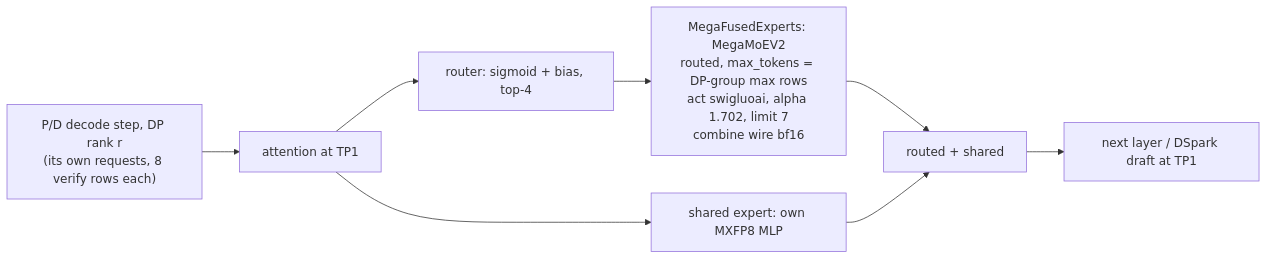
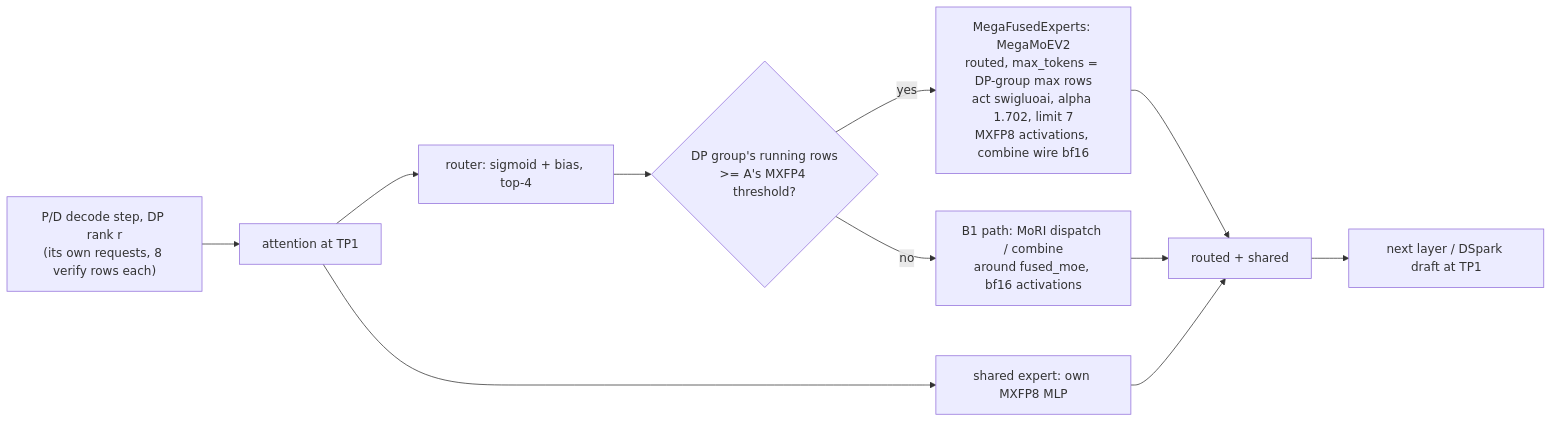
The second of 3 diagrams in docs/m31_decode_megamoe_design.md (MengqingCao/ATOM), drawn with Mermaid before and after one commit. The commit also changed other lines of this file, not shown here.

First line of the commit message:
docs: answer design review of the M3.1 decode MegaMoE design

````diff
--- a/docs/m31_decode_megamoe_design.md
+++ b/docs/m31_decode_megamoe_design.md
@@ -38,10 +38,13 @@
 ```mermaid
 flowchart LR
   req["P/D decode step, DP rank r<br/>(its own requests, 8 verify rows each)"] --> attn["attention at TP1"]
   attn --> gate["router: sigmoid + bias, top-4"]
-  gate --> mega["MegaFusedExperts: MegaMoEV2<br/>routed, max_tokens = DP-group max rows<br/>act swigluoai, alpha 1.702, limit 7<br/>combine wire bf16"]
+  gate --> pick{"DP group's running rows<br/>>= A's MXFP4 threshold?"}
+  pick -->|yes| mega["MegaFusedExperts: MegaMoEV2<br/>routed, max_tokens = DP-group max rows<br/>act swigluoai, alpha 1.702, limit 7<br/>MXFP8 activations, combine wire bf16"]
+  pick -->|no| mori["B1 path: MoRI dispatch / combine<br/>around fused_moe, bf16 activations"]
   attn --> shared["shared expert: own MXFP8 MLP"]
   mega --> sum["routed + shared"]
+  mori --> sum
   shared --> sum
   sum --> next["next layer / DSpark draft at TP1"]
 ```
````
